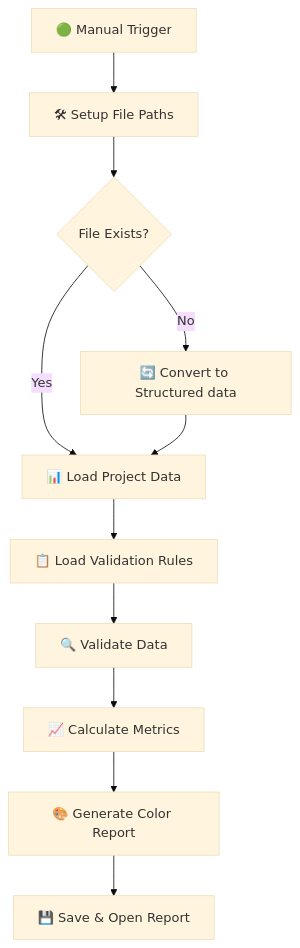
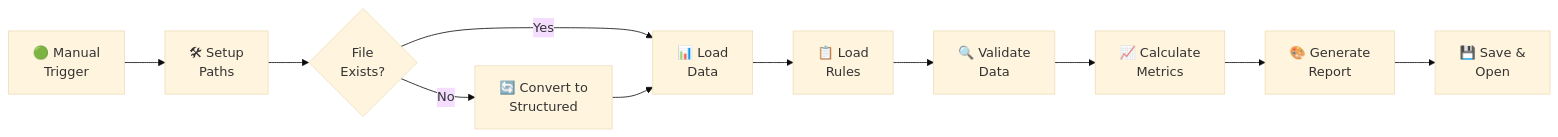
One commit to ehtick/cad2data-Revit-IFC-DWG-DGN-pipeline-with-conversion-validation-qto changed the third of 4 diagrams in README.md. Above: the diagram before and after it, drawn with Mermaid (base theme). The commit also changed other lines of this file, not shown here.

````diff
--- a/README.md
+++ b/README.md
@@ -293,13 +293,13 @@
 ```mermaid
-graph TD;
-    A[🟢 Manual Trigger] --> B[🛠 Setup File Paths]
-    B --> C{File Exists?}
-    C -->|No| D[🔄 Convert to Structured data]
-    C -->|Yes| E[📊 Load Project Data]
+graph LR;
+    A[🟢 Manual<br/>Trigger] --> B[🛠 Setup<br/>Paths]
+    B --> C{File<br/>Exists?}
+    C -->|No| D[🔄 Convert to<br/>Structured]
+    C -->|Yes| E[📊 Load<br/>Data]
     D --> E
-    E --> F[📋 Load Validation Rules]
-    F --> G[🔍 Validate Data]
-    G --> H[📈 Calculate Metrics]
-    H --> I[🎨 Generate Color Report]
-    I --> J[💾 Save & Open Report]
+    E --> F[📋 Load<br/>Rules]
+    F --> G[🔍 Validate<br/>Data]
+    G --> H[📈 Calculate<br/>Metrics]
+    H --> I[🎨 Generate<br/>Report]
+    I --> J[💾 Save &<br/>Open]
 ```
````
